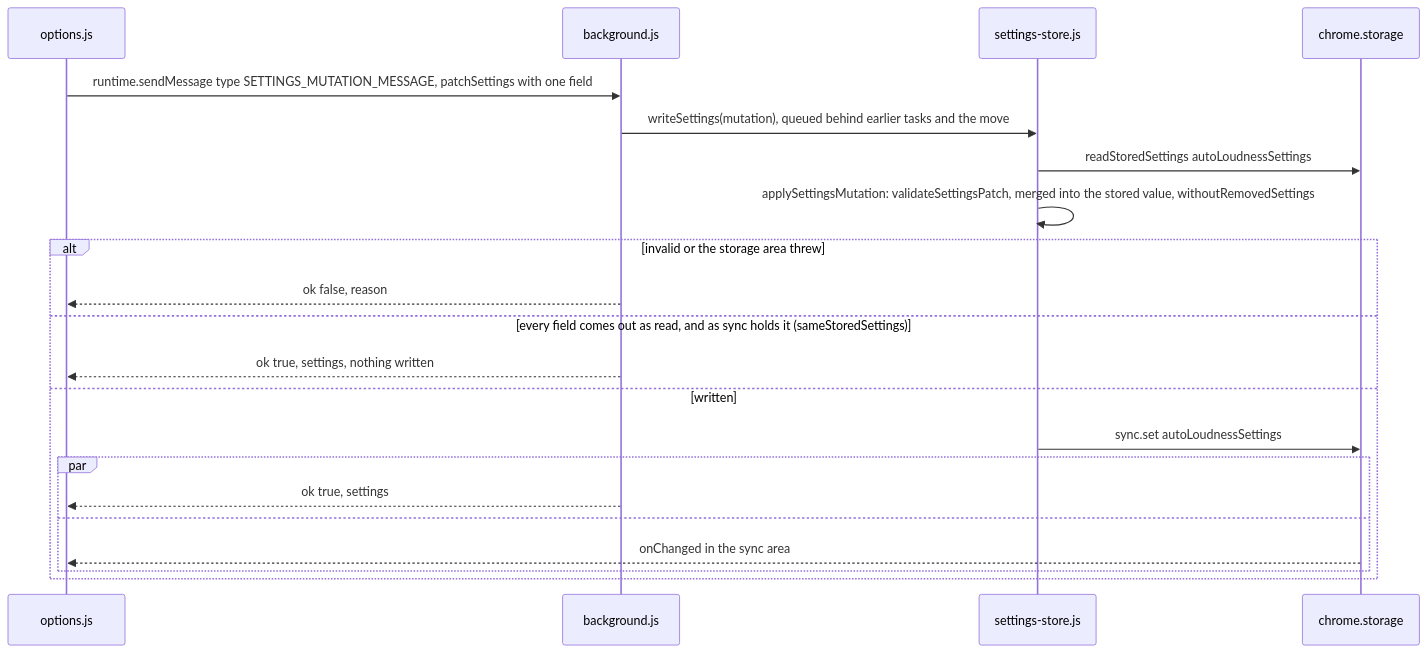
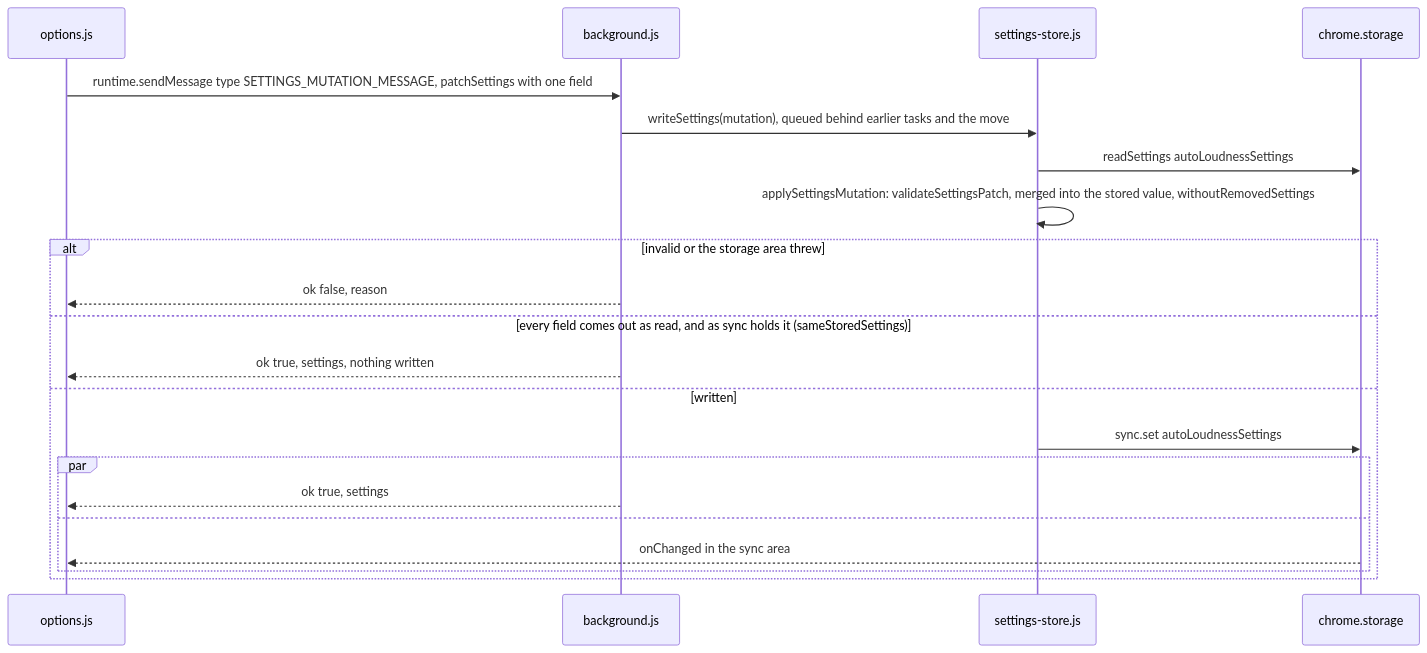
Before and after one commit to semnil/twitch-channel-volume: the third of 17 diagrams in docs/gain-change-and-save.md, drawn with Mermaid. The commit also changed other lines of this file and 15 other files, not shown here.

First line of the commit message:
refactor: take the settings read from core/common.js, and drop settings-area.js

````diff
--- a/docs/gain-change-and-save.md
+++ b/docs/gain-change-and-save.md
@@ -153,23 +153,23 @@
 ```mermaid
 sequenceDiagram
   participant options as options.js
   participant sw as background.js
   participant store as settings-store.js
   participant storage as chrome.storage
   options->>sw: runtime.sendMessage type SETTINGS_MUTATION_MESSAGE, patchSettings with one field
   sw->>store: writeSettings(mutation), queued behind earlier tasks and the move
-  store->>storage: readStoredSettings autoLoudnessSettings
+  store->>storage: readSettings autoLoudnessSettings
   store->>store: applySettingsMutation: validateSettingsPatch, merged into the stored value, withoutRemovedSettings
   alt invalid or the storage area threw
     sw-->>options: ok false, reason
   else every field comes out as read, and as sync holds it (sameStoredSettings)
     sw-->>options: ok true, settings, nothing written
   else written
     store->>storage: sync.set autoLoudnessSettings
     par
       sw-->>options: ok true, settings
     and
       storage-->>options: onChanged in the sync area
     end
   end
 ```
````
